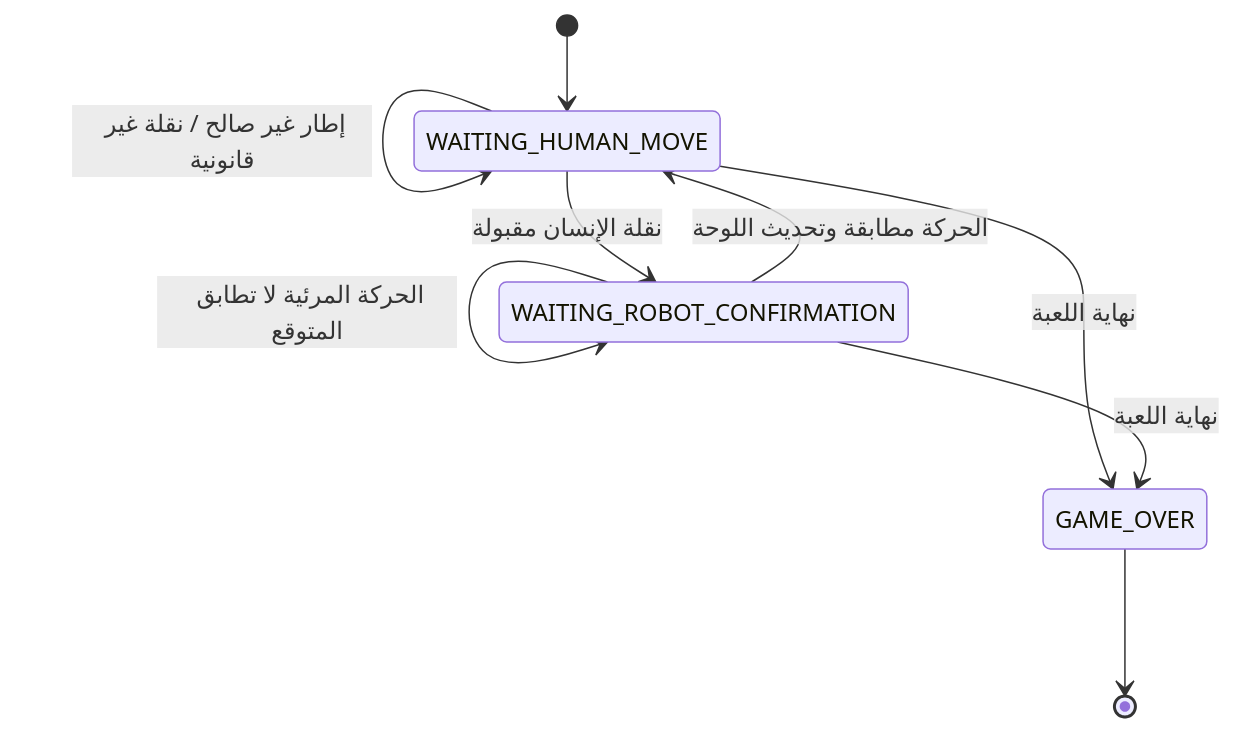
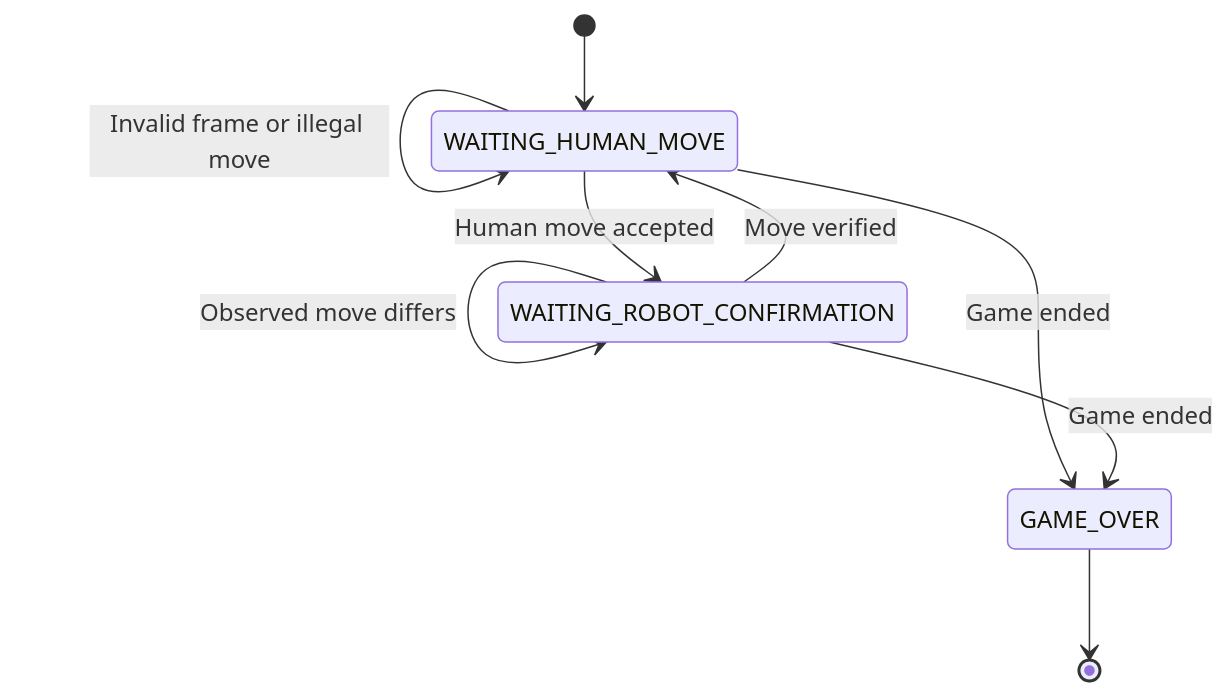
One commit to zaidkm462/RobotChess changed the third of 3 diagrams in README.md. Above: the diagram before and after it, drawn with Mermaid. The commit also changed other lines of this file and 2 other files, not shown here.

````diff
--- a/README.md
+++ b/README.md
@@ -73,11 +84,11 @@
 ```mermaid
 stateDiagram-v2
     [*] --> WAITING_HUMAN_MOVE
-    WAITING_HUMAN_MOVE --> WAITING_HUMAN_MOVE: إطار غير صالح / نقلة غير قانونية
-    WAITING_HUMAN_MOVE --> WAITING_ROBOT_CONFIRMATION: نقلة الإنسان مقبولة
-    WAITING_ROBOT_CONFIRMATION --> WAITING_ROBOT_CONFIRMATION: الحركة المرئية لا تطابق المتوقع
-    WAITING_ROBOT_CONFIRMATION --> WAITING_HUMAN_MOVE: الحركة مطابقة وتحديث اللوحة
-    WAITING_HUMAN_MOVE --> GAME_OVER: نهاية اللعبة
-    WAITING_ROBOT_CONFIRMATION --> GAME_OVER: نهاية اللعبة
+    WAITING_HUMAN_MOVE --> WAITING_HUMAN_MOVE: Invalid frame or illegal move
+    WAITING_HUMAN_MOVE --> WAITING_ROBOT_CONFIRMATION: Human move accepted
+    WAITING_ROBOT_CONFIRMATION --> WAITING_ROBOT_CONFIRMATION: Observed move differs
+    WAITING_ROBOT_CONFIRMATION --> WAITING_HUMAN_MOVE: Move verified
+    WAITING_HUMAN_MOVE --> GAME_OVER: Game ended
+    WAITING_ROBOT_CONFIRMATION --> GAME_OVER: Game ended
     GAME_OVER --> [*]
 ```
````
